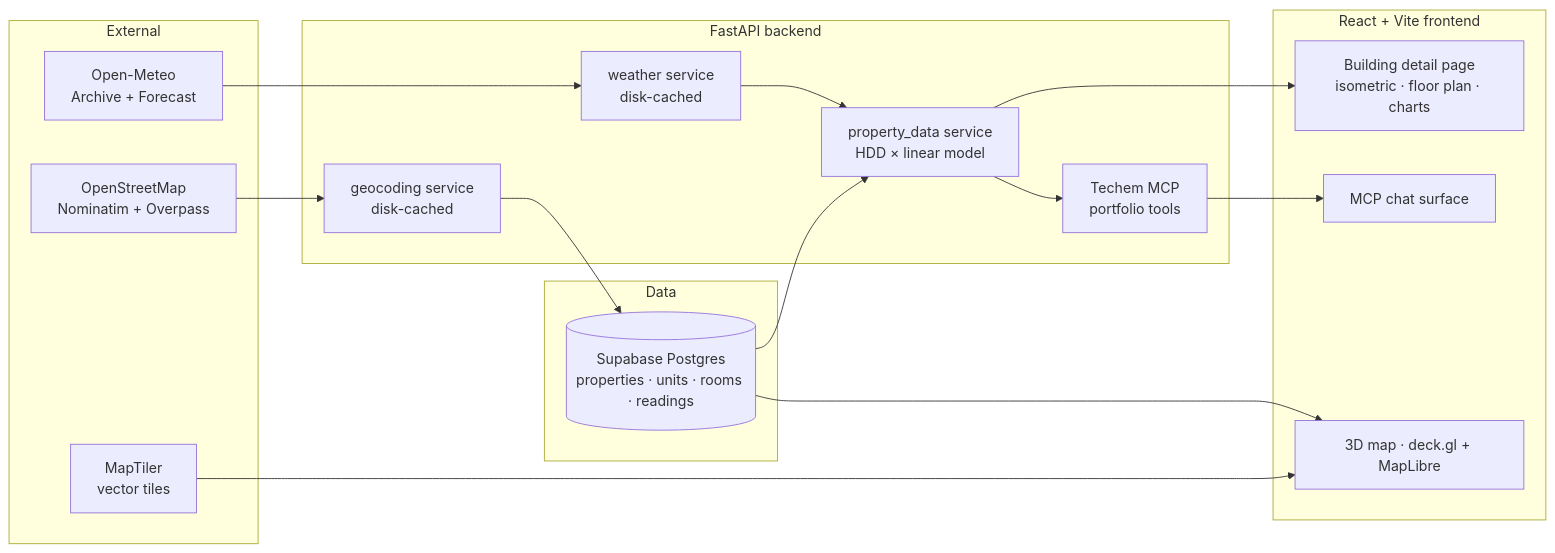
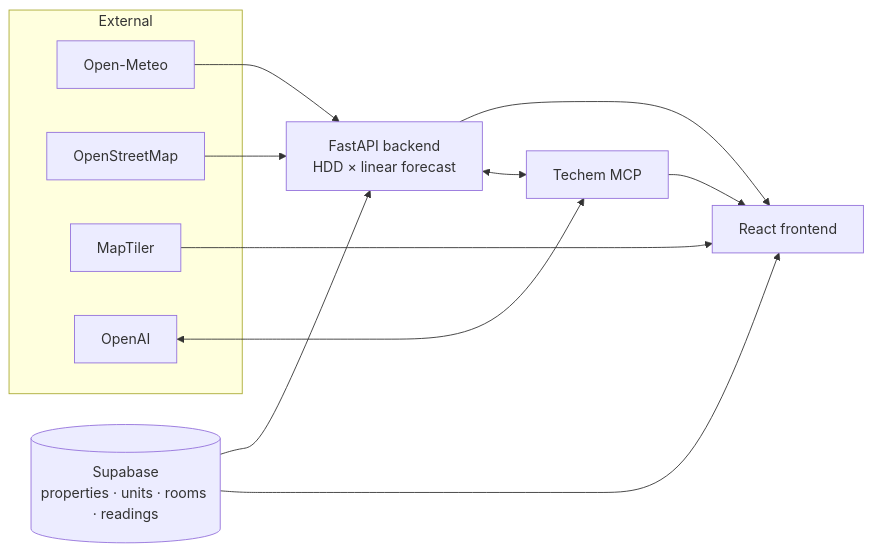
One commit to luisreindlmeier/techem changed the diagram in README.md. Above: the diagram before and after it, drawn with Mermaid. The commit also changed other lines of this file and 3 other files, not shown here.

Commit message:
docs: rewrite READMEs for Techem Horizon with MCP OpenAI flow

````diff
--- a/README.md
+++ b/README.md
@@ -23,36 +23,22 @@
 ```mermaid
 flowchart LR
   subgraph External
-    OM[Open-Meteo<br/>Archive + Forecast]
-    OSM[OpenStreetMap<br/>Nominatim + Overpass]
-    MT[MapTiler<br/>vector tiles]
+    OM[Open-Meteo]
+    OSM[OpenStreetMap]
+    MT[MapTiler]
+    OAI[OpenAI]
   end
+  SB[(Supabase<br/>properties · units · rooms · readings)]
+  BE[FastAPI backend<br/>HDD × linear forecast]
+  FE[React frontend]
+  MCP[Techem MCP]
 
-  subgraph Data
-    SB[(Supabase Postgres<br/>properties · units · rooms · readings)]
-  end
-
-  subgraph Backend[FastAPI backend]
-    PD[property_data service<br/>HDD × linear model]
-    WS[weather service<br/>disk-cached]
-    GC[geocoding service<br/>disk-cached]
-    MCP[Techem MCP<br/>portfolio tools]
-  end
-
-  subgraph Frontend[React + Vite frontend]
-    MAP[3D map · deck.gl + MapLibre]
-    DETAIL[Building detail page<br/>isometric · floor plan · charts]
-    CHAT[MCP chat surface]
-  end
-
-  SB --> PD
-  OM --> WS
-  WS --> PD
-  OSM --> GC
-  GC --> SB
-  SB --> MAP
-  PD --> DETAIL
-  MCP --> CHAT
-  PD --> MCP
-  MT --> MAP
+  SB --> BE --> FE
+  OM --> BE
+  OSM --> BE
+  MT --> FE
+  SB --> FE
+  BE <--> MCP
+  OAI <--> MCP
+  MCP --> FE
 ```
````
